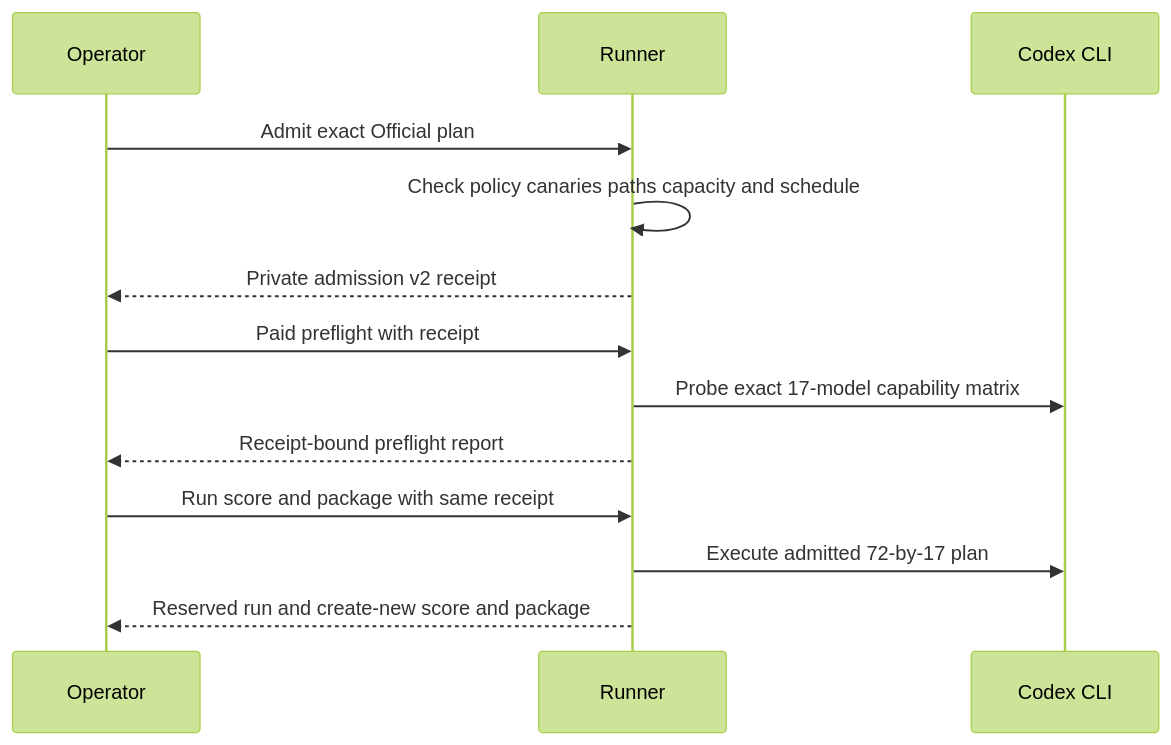
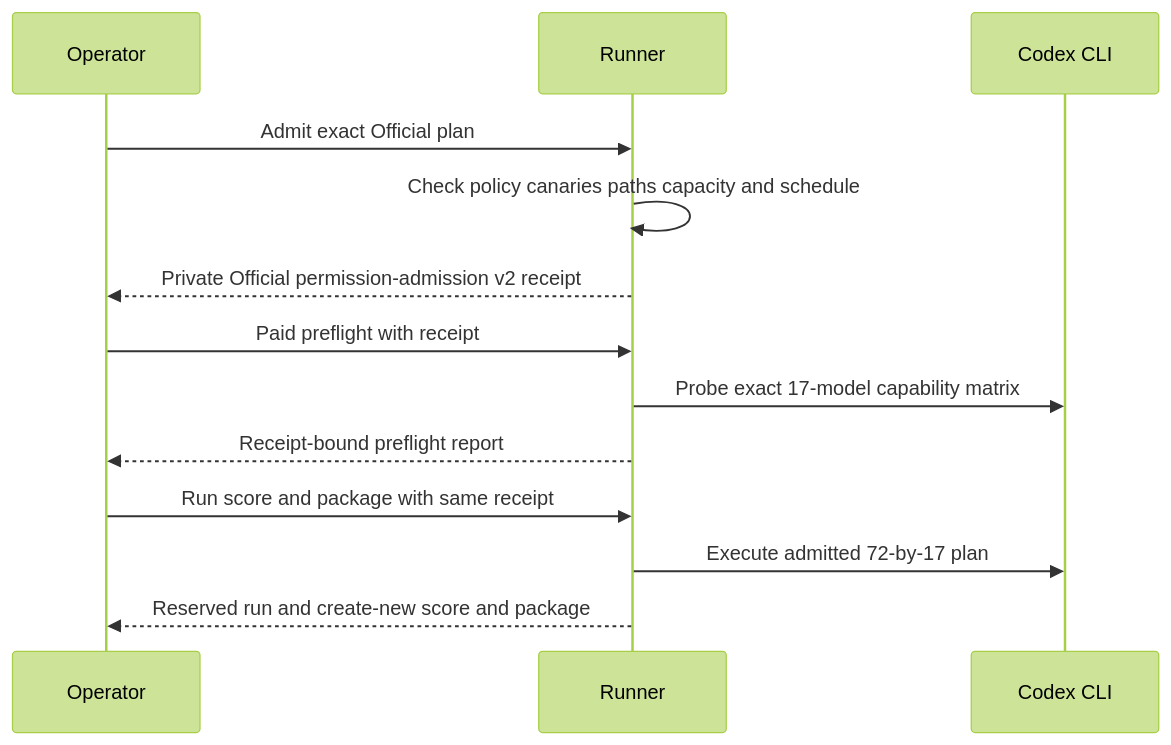
Before and after one commit to acg-box/aiq: the first of 3 diagrams in openwiki/architecture-and-runtime.md, drawn with Mermaid (forest theme). The commit also changed other lines of this file and 55 other files, not shown here.

Commit message:
{"schema":"decodex/commit/2","change":"Adopt calibration policy v2 and scoring 1.0.8","authority":"manual","impact":"breaking"}

````diff
--- a/openwiki/architecture-and-runtime.md
+++ b/openwiki/architecture-and-runtime.md
@@ -138,15 +138,15 @@
 ```mermaid
 sequenceDiagram
     participant O as Operator
     participant R as Runner
     participant C as Codex CLI
     O->>R: Admit exact Official plan
     R->>R: Check policy canaries paths capacity and schedule
-    R-->>O: Private admission v2 receipt
+    R-->>O: Private Official permission-admission v2 receipt
     O->>R: Paid preflight with receipt
     R->>C: Probe exact 17-model capability matrix
     R-->>O: Receipt-bound preflight report
     O->>R: Run score and package with same receipt
     R->>C: Execute admitted 72-by-17 plan
     R-->>O: Reserved run and create-new score and package
 ```
````
